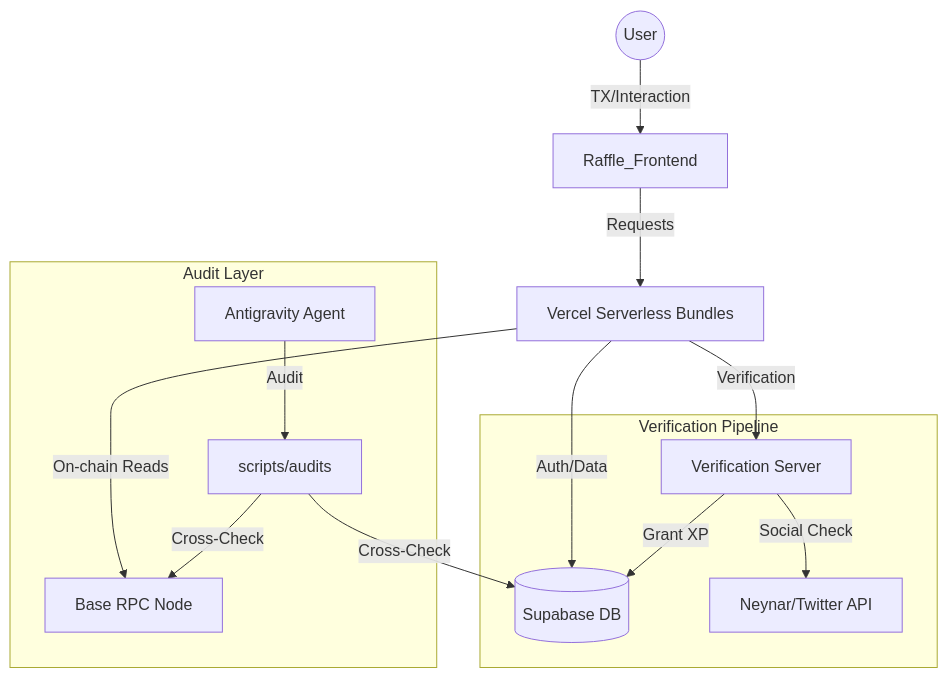
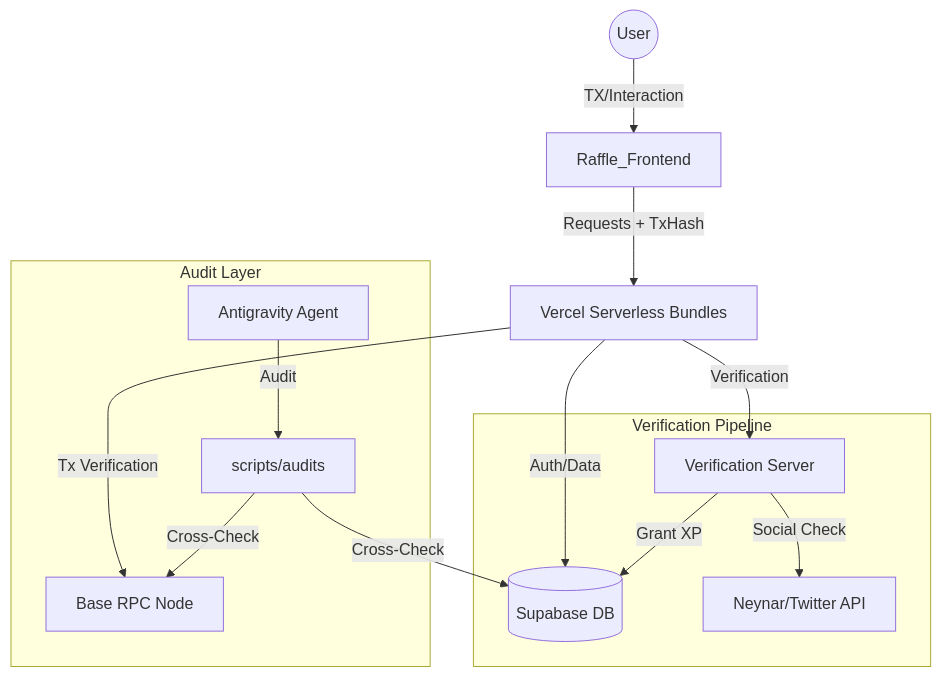
Before and after one commit to cryptodiscolab/Crypto_Discovery_App: the eighth of 8 diagrams in PRD/DISCO_DAILY_MASTER_PRD.md, drawn with Mermaid. The commit also changed other lines of this file and 8 other files, not shown here.

````diff
--- a/PRD/DISCO_DAILY_MASTER_PRD.md
+++ b/PRD/DISCO_DAILY_MASTER_PRD.md
@@ -360,19 +360,19 @@
 ```mermaid
 graph TD
     User((User)) -->|TX/Interaction| FE[Raffle_Frontend]
-    FE -->|Requests| API[Vercel Serverless Bundles]
+    FE -->|Requests + TxHash| API[Vercel Serverless Bundles]
     API -->|Auth/Data| DB[(Supabase DB)]
     API -->|Verification| VS[Verification Server]
-    API -->|On-chain Reads| RPC[Base RPC Node]
+    API -->|Tx Verification| RPC[Base RPC Node]
     
     subgraph "Verification Pipeline"
         VS -->|Social Check| N[Neynar/Twitter API]
         VS -->|Grant XP| DB
     end
     
     subgraph "Audit Layer"
         AG[Antigravity Agent] -->|Audit| S[scripts/audits]
         S -->|Cross-Check| DB
         S -->|Cross-Check| RPC
     end
 ```
````
